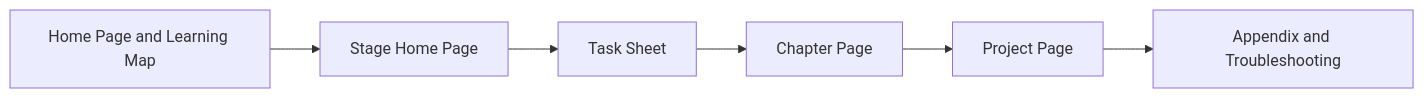
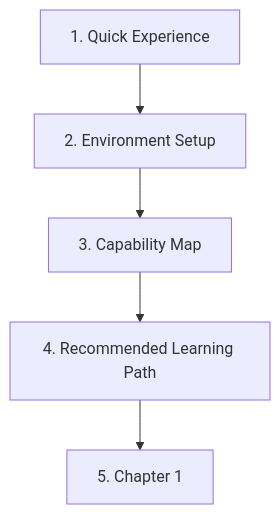
The diagram in docs/intro/course-page-guide.md (oudbiao/AI-fullstack-course), drawn with Mermaid before and after one commit. The commit also changed other lines of this file and 25 other files, not shown here.

Commit message:
Simplify intro flow and merge early task sheets

````diff
--- a/docs/intro/course-page-guide.md
+++ b/docs/intro/course-page-guide.md
@@ -14,8 +16,7 @@
 ```mermaid
-flowchart LR
-  A["Home Page and Learning Map"] --> B["Stage Home Page"]
-  B --> C["Task Sheet"]
-  C --> D["Chapter Page"]
-  D --> E["Project Page"]
-  E --> F["Appendix and Troubleshooting"]
+flowchart TD
+  A["1. Quick Experience"] --> B["2. Environment Setup"]
+  B --> C["3. Capability Map"]
+  C --> D["4. Recommended Learning Path"]
+  D --> E["5. Chapter 1"]
 ```
````
